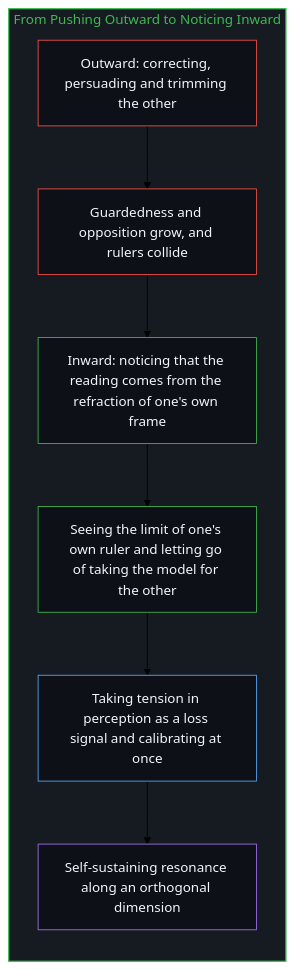
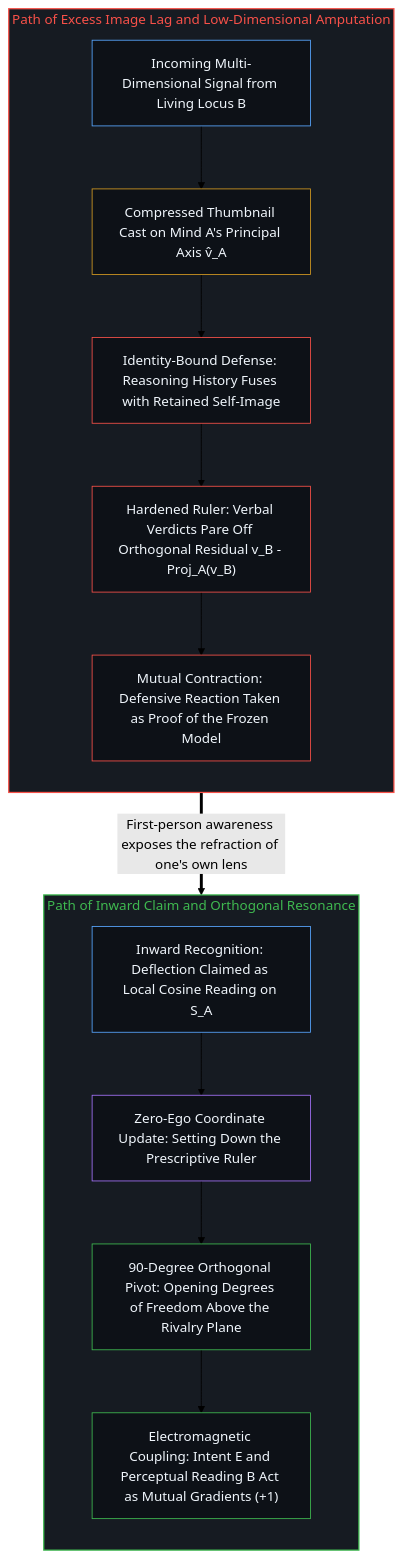
Before and after one commit to powerpig99/not-a-toe: the second of 2 diagrams in content/posts/the-illusion-of-knowing-and-the-geometry-of-amputation.md, drawn with Mermaid (forest theme). The commit also changed other lines of this file and 1 other file, not shown here.

Commit message:
Refine the-illusion-of-knowing-and-the-geometry-of-amputation (Wave 3 L2 #137)

````diff
--- a/content/posts/the-illusion-of-knowing-and-the-geometry-of-amputation.md
+++ b/content/posts/the-illusion-of-knowing-and-the-geometry-of-amputation.md
@@ -285,25 +97,35 @@
 ```mermaid
 flowchart TD
-    subgraph S_Turn["From Pushing Outward to Noticing Inward"]
+    subgraph S_Amputate["Path of Excess Image Lag and Low-Dimensional Amputation"]
         direction TB
-        Fix["Outward: correcting, persuading and trimming the other"]
-        Clash["Guardedness and opposition grow, and rulers collide"]
-        Notice["Inward: noticing that the reading comes from the refraction of one's own frame"]
-        Limit["Seeing the limit of one's own ruler and letting go of taking the model for the other"]
-        Gradient["Taking tension in perception as a loss signal and calibrating at once"]
-        Resonate["Self-sustaining resonance along an orthogonal dimension"]
-        Fix --> Clash
-        Clash --> Notice
-        Notice --> Limit
-        Limit --> Gradient
-        Gradient --> Resonate
+        Signal["Incoming Multi-Dimensional Signal from Living Locus B"]
+        Thumb["Compressed Thumbnail Cast on Mind A's Principal Axis v̂_A"]
+        Fuse["Identity-Bound Defense: Reasoning History Fuses with Retained Self-Image"]
+        Trim["Hardened Ruler: Verbal Verdicts Pare Off Orthogonal Residual v_B - Proj_A(v_B)"]
+        Loop["Mutual Contraction: Defensive Reaction Taken as Proof of the Frozen Model"]
+        Signal --> Thumb --> Fuse --> Trim --> Loop
     end
 
-    style S_Turn fill:#161b22,stroke:#3fb950,stroke-width:1.5px,color:#3fb950
-    style Fix fill:#0d1117,stroke:#f85149,stroke-width:1px,color:#f0f6fc
-    style Clash fill:#0d1117,stroke:#f85149,stroke-width:1px,color:#f0f6fc
-    style Notice fill:#0d1117,stroke:#3fb950,stroke-width:1px,color:#f0f6fc
-    style Limit fill:#0d1117,stroke:#3fb950,stroke-width:1px,color:#f0f6fc
-    style Gradient fill:#0d1117,stroke:#58a6ff,stroke-width:1px,color:#f0f6fc
-    style Resonate fill:#0d1117,stroke:#a371f7,stroke-width:1px,color:#f0f6fc
+    subgraph S_Resonate["Path of Inward Claim and Orthogonal Resonance"]
+        direction TB
+        Notice["Inward Recognition: Deflection Claimed as Local Cosine Reading on S_A"]
+        Unclamp["Zero-Ego Coordinate Update: Setting Down the Prescriptive Ruler"]
+        Pivot["90-Degree Orthogonal Pivot: Opening Degrees of Freedom Above the Rivalry Plane"]
+        Wave["Electromagnetic Coupling: Intent E and Perceptual Reading B Act as Mutual Gradients (+1)"]
+        Notice --> Unclamp --> Pivot --> Wave
+    end
+
+    Loop ==>|"First-person awareness exposes the refraction of one's own lens"| Notice
+
+    style S_Amputate fill:#161b22,stroke:#f85149,stroke-width:1.5px,color:#f85149
+    style S_Resonate fill:#161b22,stroke:#3fb950,stroke-width:1.5px,color:#3fb950
+    style Signal fill:#0d1117,stroke:#58a6ff,stroke-width:1px,color:#f0f6fc
+    style Thumb fill:#0d1117,stroke:#d29922,stroke-width:1px,color:#f0f6fc
+    style Fuse fill:#0d1117,stroke:#f85149,stroke-width:1px,color:#f0f6fc
+    style Trim fill:#0d1117,stroke:#f85149,stroke-width:1px,color:#f0f6fc
+    style Loop fill:#0d1117,stroke:#f85149,stroke-width:1px,color:#f0f6fc
+    style Notice fill:#0d1117,stroke:#58a6ff,stroke-width:1px,color:#f0f6fc
+    style Unclamp fill:#0d1117,stroke:#a371f7,stroke-width:1px,color:#f0f6fc
+    style Pivot fill:#0d1117,stroke:#3fb950,stroke-width:1px,color:#f0f6fc
+    style Wave fill:#0d1117,stroke:#3fb950,stroke-width:1px,color:#f0f6fc
 ```
````
